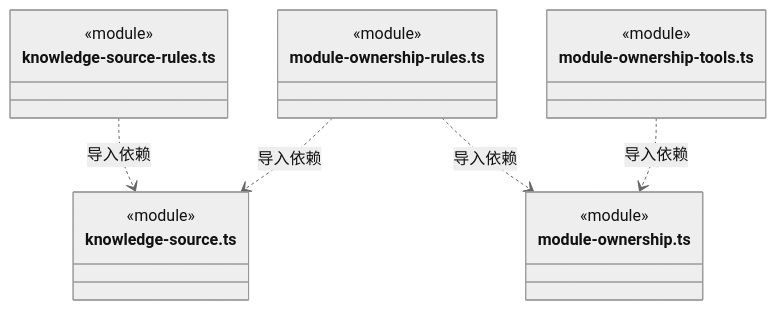
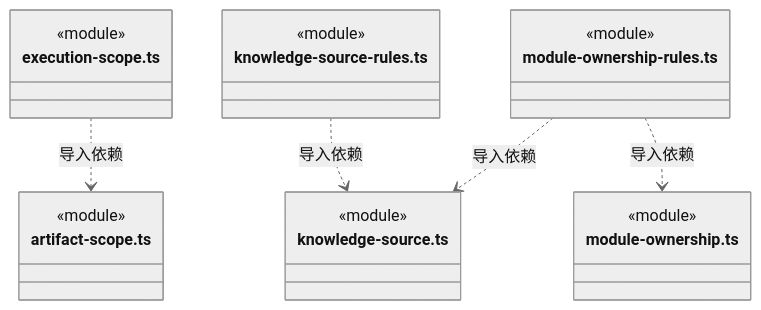
Before and after one commit to nan023062/cbim: diagram 34 of 37 in src/backend/core/workspace/ARCHITECTURE.md, drawn with Mermaid (neutral theme). The commit also changed other lines of this file and 58 other files, not shown here.

````diff
--- a/src/backend/core/workspace/ARCHITECTURE.md
+++ b/src/backend/core/workspace/ARCHITECTURE.md
@@ -736,22 +769,25 @@
 ```mermaid
 classDiagram
+class N_src_backend_core_workspace_execution_scope_ts["execution-scope.ts"] {
+  <<module>>
+}
+class N_src_backend_core_workspace_artifact_scope_ts["artifact-scope.ts"] {
+  <<module>>
+}
 class N_src_backend_core_workspace_knowledge_source_rules_ts["knowledge-source-rules.ts"] {
   <<module>>
 }
 class N_src_backend_core_workspace_knowledge_source_ts["knowledge-source.ts"] {
   <<module>>
 }
 class N_src_backend_core_workspace_module_ownership_rules_ts["module-ownership-rules.ts"] {
   <<module>>
 }
 class N_src_backend_core_workspace_module_ownership_ts["module-ownership.ts"] {
   <<module>>
 }
-class N_src_backend_core_workspace_module_ownership_tools_ts["module-ownership-tools.ts"] {
-  <<module>>
-}
+N_src_backend_core_workspace_execution_scope_ts ..> N_src_backend_core_workspace_artifact_scope_ts : 导入依赖
 N_src_backend_core_workspace_knowledge_source_rules_ts ..> N_src_backend_core_workspace_knowledge_source_ts : 导入依赖
 N_src_backend_core_workspace_module_ownership_rules_ts ..> N_src_backend_core_workspace_module_ownership_ts : 导入依赖
 N_src_backend_core_workspace_module_ownership_rules_ts ..> N_src_backend_core_workspace_knowledge_source_ts : 导入依赖
-N_src_backend_core_workspace_module_ownership_tools_ts ..> N_src_backend_core_workspace_module_ownership_ts : 导入依赖
 ```
````
